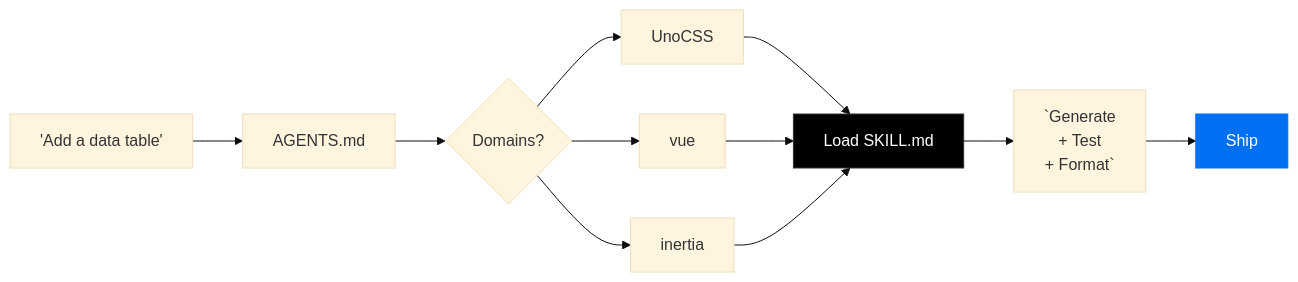
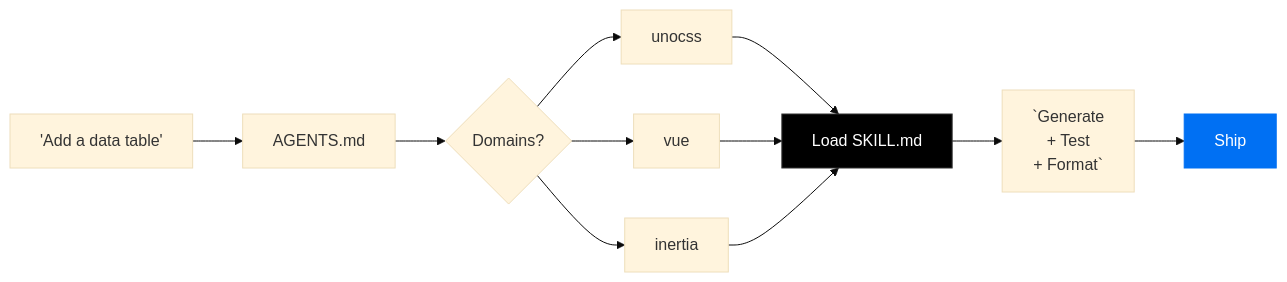
The second of 2 diagrams in slides.md (enkot/Orchestrated-Project-Presentation), drawn with Mermaid (base theme) before and after one commit. The commit also changed other lines of this file and 7 other files, not shown here.

````diff
--- a/slides.md
+++ b/slides.md
@@ -222,13 +362,13 @@
 ```mermaid {scale: 0.68}
 flowchart LR
     A['Add a data table'] --> B["AGENTS.md"]
     B --> C{"Domains?"}
-    C --> D["UnoCSS"] & E["vue"] & F["inertia"]
+    C --> D["unocss"] & E["vue"] & F["inertia"]
     D & E & F --> G["Load SKILL.md"]
     G --> H[`Generate
     + Test
     + Format`]
     H --> I["Ship"]
     style G fill:#000,stroke:#333,color:#fff
     style I fill:#0070f3,stroke:#0070f3,color:#fff
 ```
````
